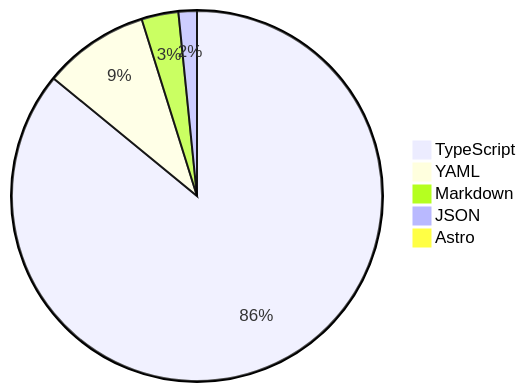
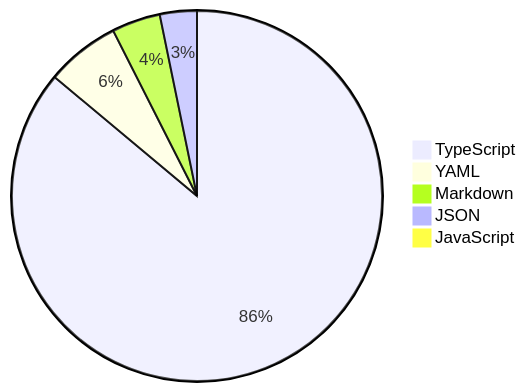
The diagram in README.md (skvggor/skvggor), drawn with Mermaid before and after one commit.

Commit message:
Updated waka-readme graph with new metrics

````diff
--- a/README.md
+++ b/README.md
@@ -39,8 +39,8 @@
 ```mermaid
 pie
-    "TypeScript" : 85.5
-    "YAML" : 9.2
-    "Markdown" : 3.2
-    "JSON" : 1.6
-    "Astro" : 0.3
+    "TypeScript" : 85.3
+    "YAML" : 6.4
+    "Markdown" : 4.2
+    "JSON" : 3.2
+    "JavaScript" : 0.4
 ```
````
